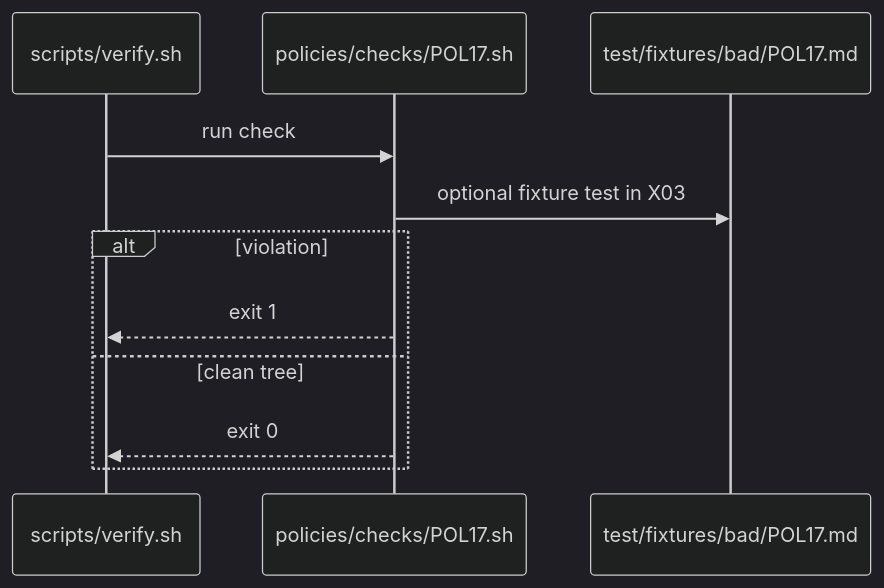
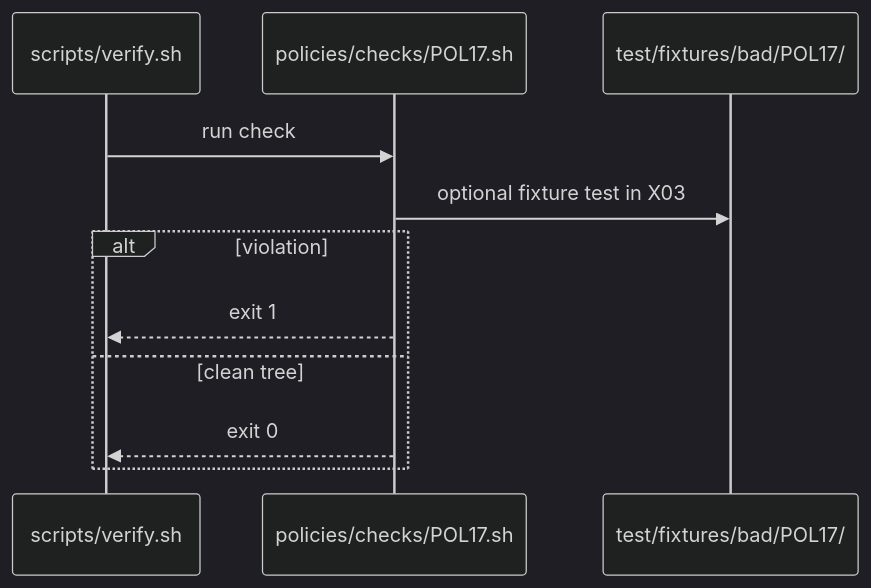
One commit to svennijhuis/agentic-workflows changed the second of 2 diagrams in docs/pbi/policies/POL17-lock-file-committed-fresh.md. Above: the diagram before and after it, drawn with Mermaid (dark theme). The commit also changed other lines of this file and 15 other files, not shown here.

````diff
--- a/docs/pbi/policies/POL17-lock-file-committed-fresh.md
+++ b/docs/pbi/policies/POL17-lock-file-committed-fresh.md
@@ -56,13 +56,13 @@
 ```mermaid
 sequenceDiagram
   participant G as scripts/verify.sh
   participant P as policies/checks/POL17.sh
-  participant F as test/fixtures/bad/POL17.md
+  participant F as test/fixtures/bad/POL17/
   G->>P: run check
   P->>F: optional fixture test in X03
   alt violation
     P-->>G: exit 1
   else clean tree
     P-->>G: exit 0
   end
 ```
````
